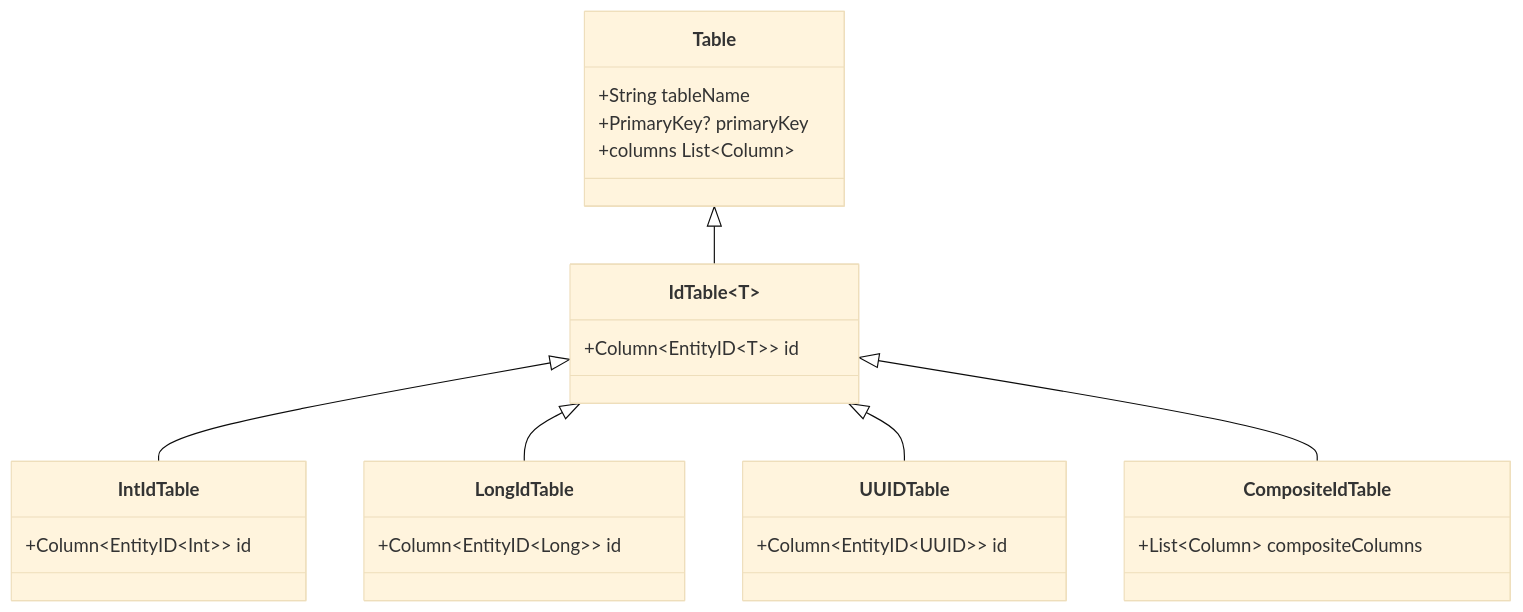
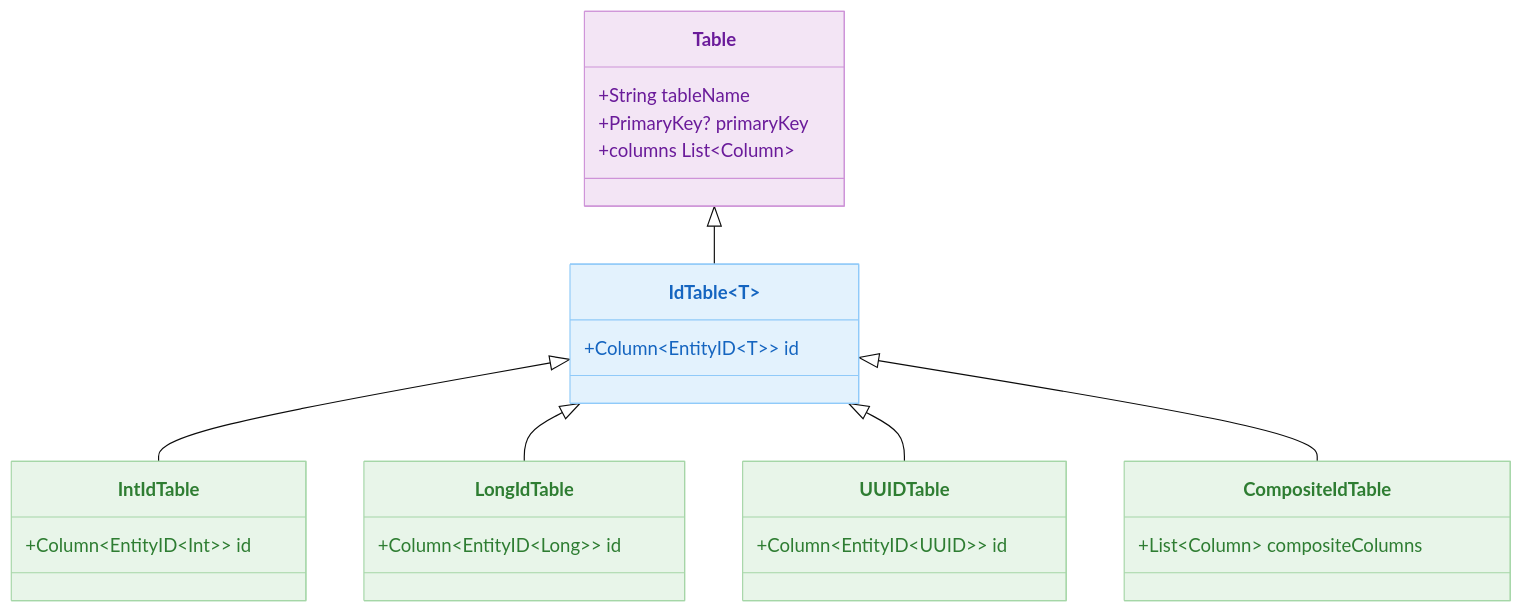
The second of 3 diagrams in 04-exposed-ddl/02-ddl/README.md (bluetape4k/exposed-workshop), drawn with Mermaid (base theme) before and after one commit. The commit also changed other lines of this file and 56 other files, not shown here.

First line of the commit message:
docs: 전체 README mermaid 다이어그램에 파스텔 톤 색상 적용

````diff
--- a/04-exposed-ddl/02-ddl/README.md
+++ b/04-exposed-ddl/02-ddl/README.md
@@ -53,29 +61,36 @@
 ```mermaid
 classDiagram
     class Table {
         +String tableName
         +PrimaryKey? primaryKey
         +columns List~Column~
     }
     class IdTable~T~ {
         +Column~EntityID~T~~ id
     }
     class IntIdTable {
         +Column~EntityID~Int~~ id
     }
     class LongIdTable {
         +Column~EntityID~Long~~ id
     }
     class UUIDTable {
         +Column~EntityID~UUID~~ id
     }
     class CompositeIdTable {
         +List~Column~ compositeColumns
     }
 
     Table <|-- IdTable
     IdTable <|-- IntIdTable
     IdTable <|-- LongIdTable
     IdTable <|-- UUIDTable
     IdTable <|-- CompositeIdTable
+
+    style Table fill:#F3E5F5,stroke:#CE93D8,color:#6A1B9A
+    style IdTable fill:#E3F2FD,stroke:#90CAF9,color:#1565C0
+    style IntIdTable fill:#E8F5E9,stroke:#A5D6A7,color:#2E7D32
+    style LongIdTable fill:#E8F5E9,stroke:#A5D6A7,color:#2E7D32
+    style UUIDTable fill:#E8F5E9,stroke:#A5D6A7,color:#2E7D32
+    style CompositeIdTable fill:#E8F5E9,stroke:#A5D6A7,color:#2E7D32
 ```
````
